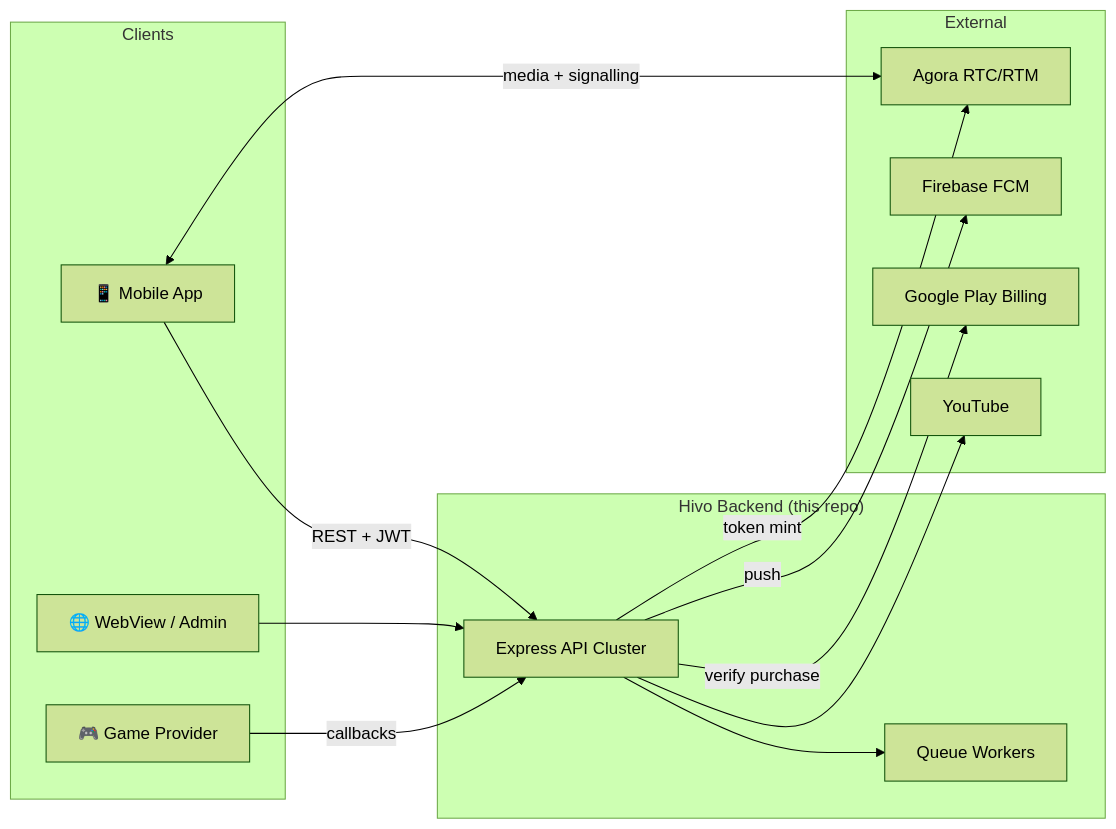
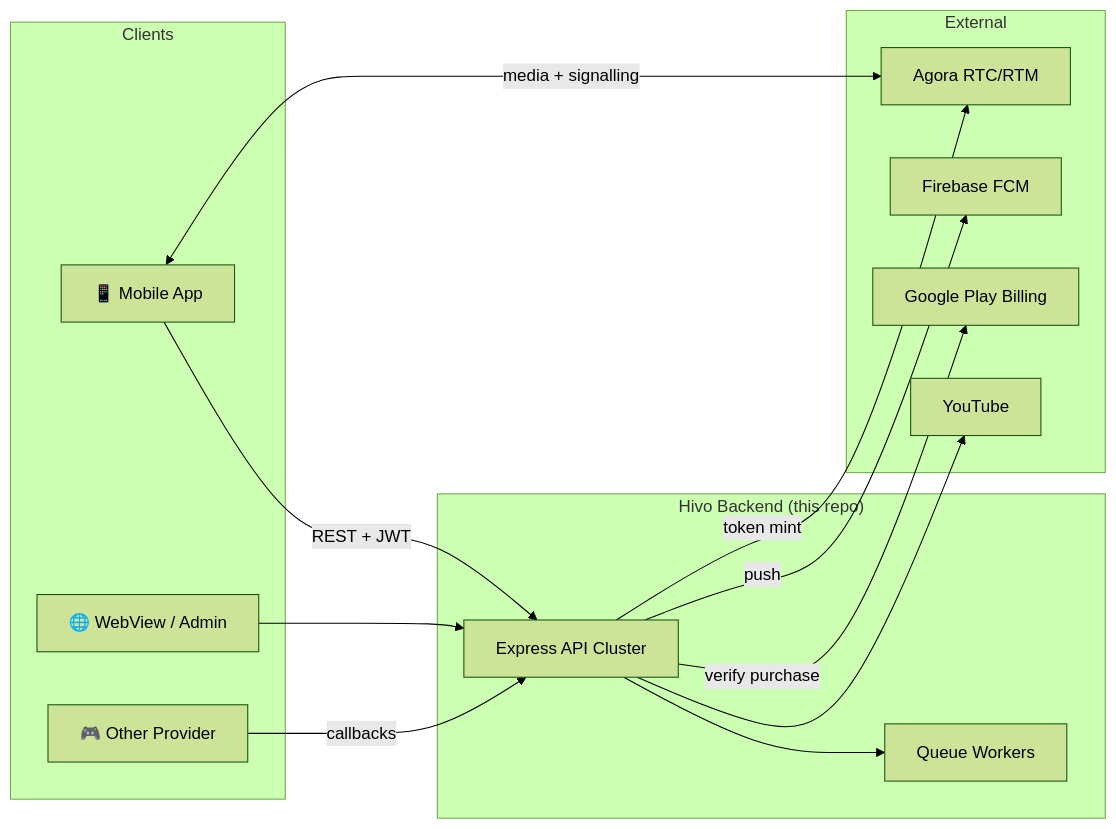
One commit to bchowdhury24/case-study-live-streaming changed the first of 4 diagrams in README.md. Above: the diagram before and after it, drawn with Mermaid (forest theme). The commit also changed other lines of this file, not shown here.

````diff
--- a/README.md
+++ b/README.md
@@ -78,30 +78,30 @@
 ```mermaid
 flowchart LR
     subgraph Clients
         A[📱 Mobile App]
         W[🌐 WebView / Admin]
-        G[🎮 Game Provider]
+        G[🎮 Other Provider]
     end
 
     subgraph Hivo["Hivo Backend (this repo)"]
         API[Express API Cluster]
         Q[Queue Workers]
     end
 
     subgraph External
         AG[Agora RTC/RTM]
         FB[Firebase FCM]
         GP[Google Play Billing]
         YT[YouTube]
     end
 
     A -->|REST + JWT| API
     W --> API
     G -->|callbacks| API
     A <-->|media + signalling| AG
     API -->|token mint| AG
     API -->|push| FB
     API -->|verify purchase| GP
     API --> YT
     API --> Q
 ```
````
